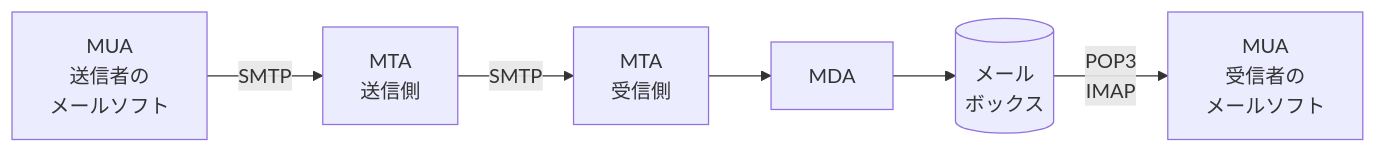
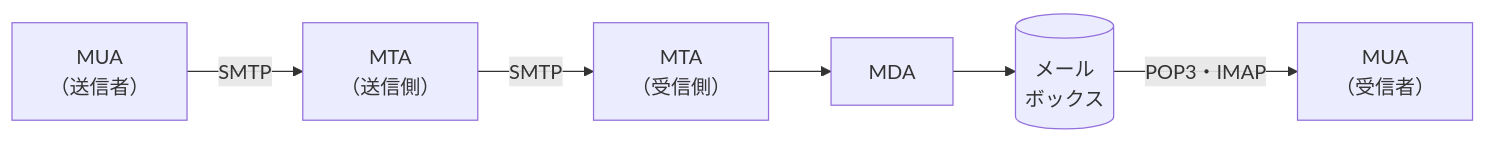
One commit to nnnaanaa/document changed the second of 3 diagrams in network/protocol/mail.md. Above: the diagram before and after it, drawn with Mermaid.

Commit message:
メール暗記シートのMUA・MTA・MDAの図の横幅を詰める

````diff
--- a/network/protocol/mail.md
+++ b/network/protocol/mail.md
@@ -25,8 +25,8 @@
 ```mermaid
 flowchart LR
-  A["MUA<br>送信者の<br>メールソフト"] -- "SMTP" --> B["MTA<br>送信側"]
-  B -- "SMTP" --> C["MTA<br>受信側"]
+  A["MUA<br>（送信者）"] -- "SMTP" --> B["MTA<br>（送信側）"]
+  B -- "SMTP" --> C["MTA<br>（受信側）"]
   C --> D["MDA"]
   D --> E[("メール<br>ボックス")]
-  E -- "POP3<br>IMAP" --> F["MUA<br>受信者の<br>メールソフト"]
+  E -- "POP3・IMAP" --> F["MUA<br>（受信者）"]
 ```
````
